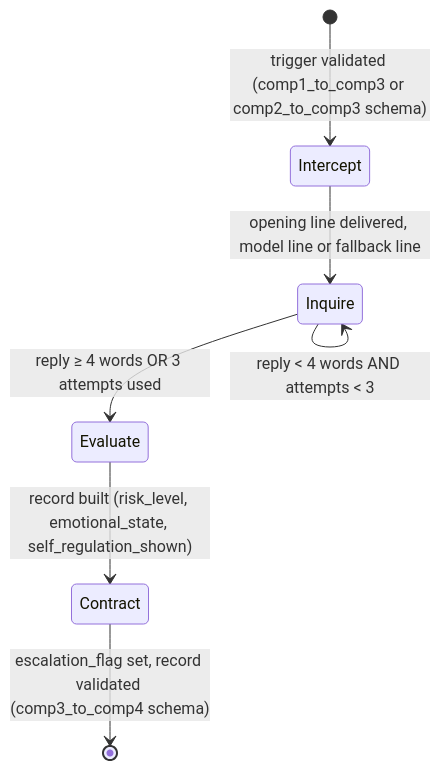
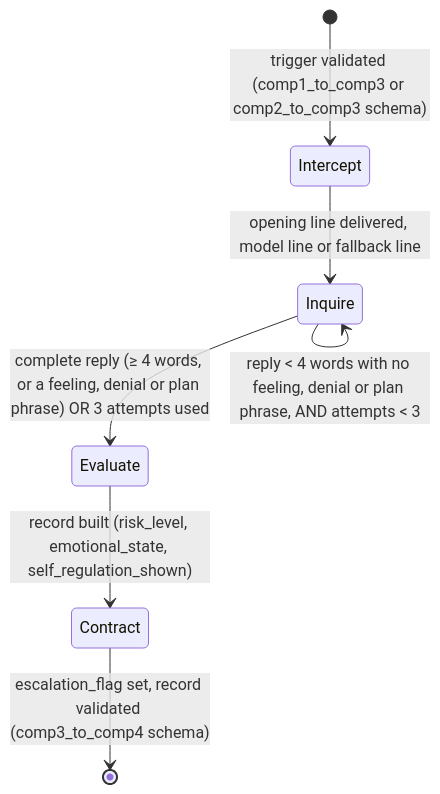
One commit to rajidush/RP-J26-DS-316 changed the diagram in docs/architecture/fsm-state-diagram.md. Above: the diagram before and after it, drawn with Mermaid. The commit also changed other lines of this file and 4 other files, not shown here.

First line of the commit message:
fix(fsm): a reply stating a feeling, denial or plan is complete

````diff
--- a/docs/architecture/fsm-state-diagram.md
+++ b/docs/architecture/fsm-state-diagram.md
@@ -3,9 +3,9 @@
 ```mermaid
 stateDiagram-v2
     [*] --> Intercept: trigger validated (comp1_to_comp3 or comp2_to_comp3 schema)
     Intercept --> Inquire: opening line delivered, model line or fallback line
-    Inquire --> Inquire: reply < 4 words AND attempts < 3
-    Inquire --> Evaluate: reply ≥ 4 words OR 3 attempts used
+    Inquire --> Inquire: reply < 4 words with no feeling, denial or plan phrase, AND attempts < 3
+    Inquire --> Evaluate: complete reply (≥ 4 words, or a feeling, denial or plan phrase) OR 3 attempts used
     Evaluate --> Contract: record built (risk_level, emotional_state, self_regulation_shown)
     Contract --> [*]: escalation_flag set, record validated (comp3_to_comp4 schema)
 ```
````
